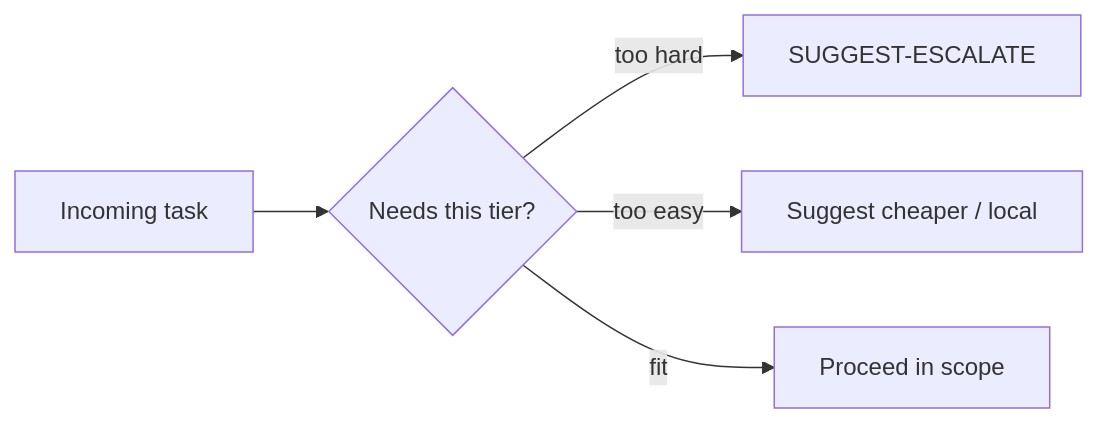
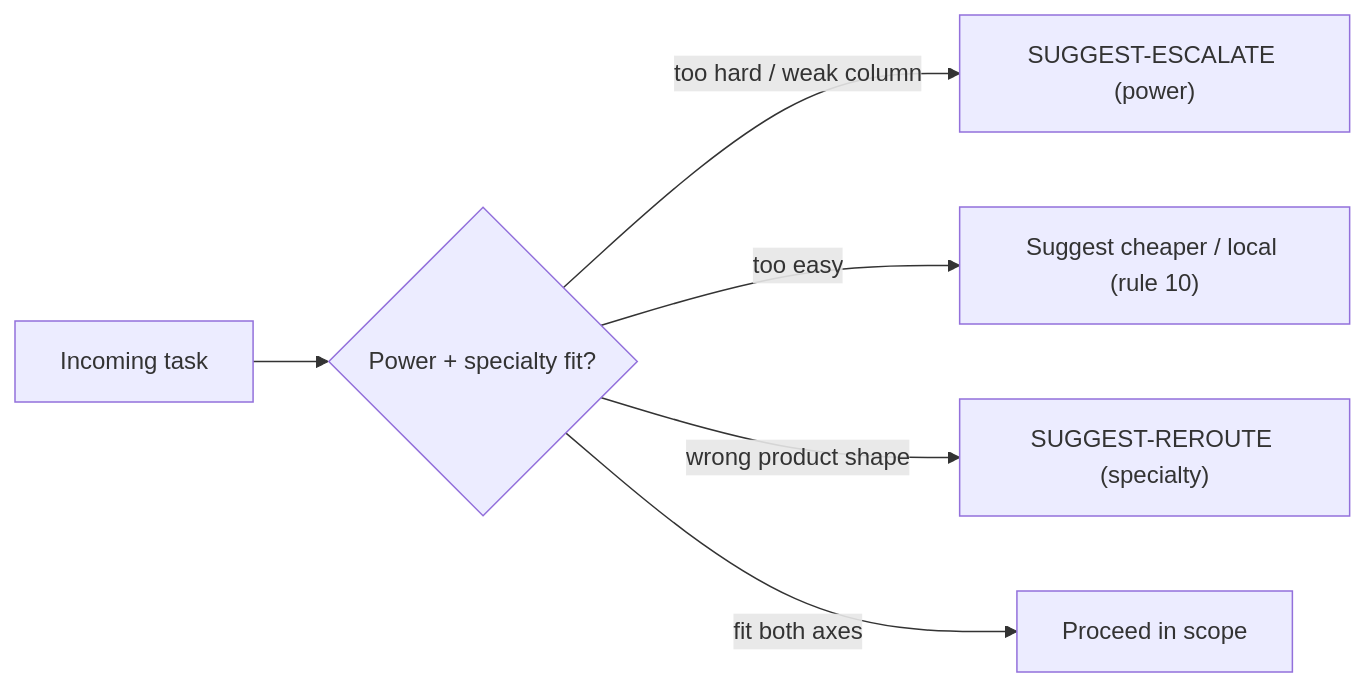
The fourth of 5 diagrams in docs/docs/doctrine.md (carefreeinv/anchor), drawn with Mermaid before and after one commit. The commit also changed other lines of this file and 20 other files, not shown here.

First line of the commit message:
Add dual-axis model fit: power escalate and specialty re-route

````diff
--- a/docs/docs/doctrine.md
+++ b/docs/docs/doctrine.md
@@ -105,13 +105,15 @@
 ```mermaid
 flowchart LR
   task["Incoming task"]
-  size{"Needs this tier?"}
-  down["Suggest cheaper / local"]
-  up["SUGGEST-ESCALATE"]
+  size{"Power + specialty fit?"}
+  down["Suggest cheaper / local (rule 10)"]
+  up["SUGGEST-ESCALATE (power)"]
+  lat["SUGGEST-REROUTE (specialty)"]
   go["Proceed in scope"]
 
   task --> size
-  size -->|"too hard"| up
+  size -->|"too hard / weak column"| up
   size -->|"too easy"| down
-  size -->|"fit"| go
+  size -->|"wrong product shape"| lat
+  size -->|"fit both axes"| go
 ```
````
